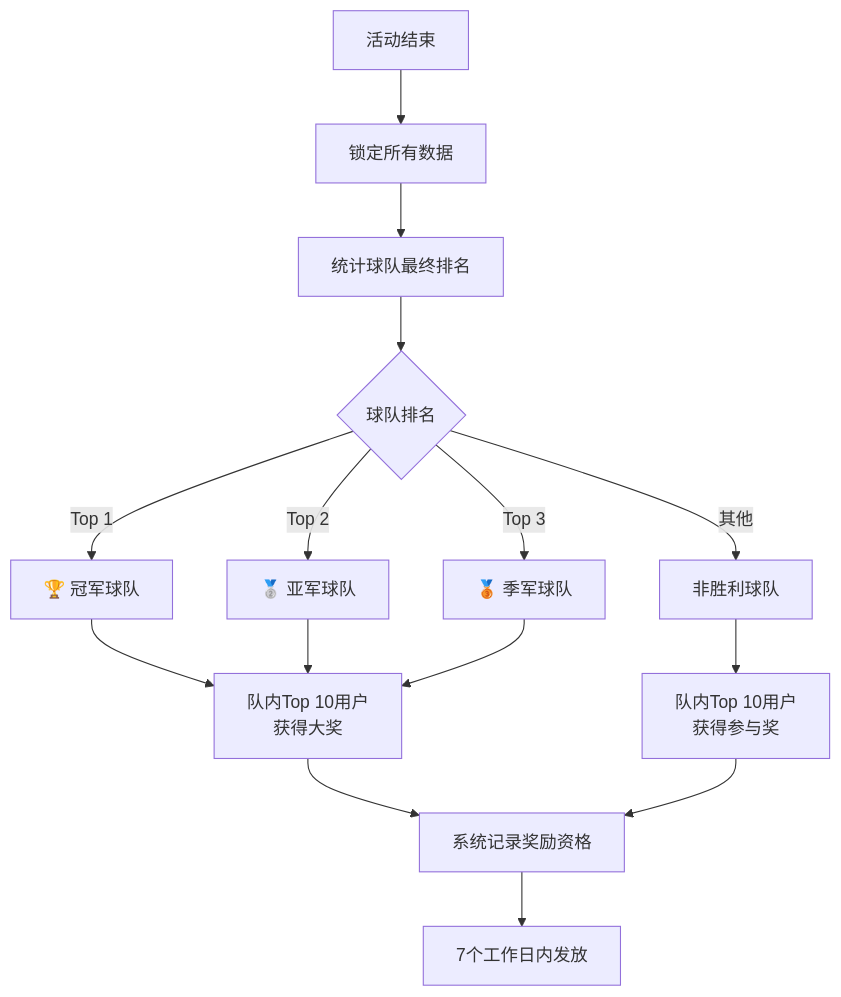
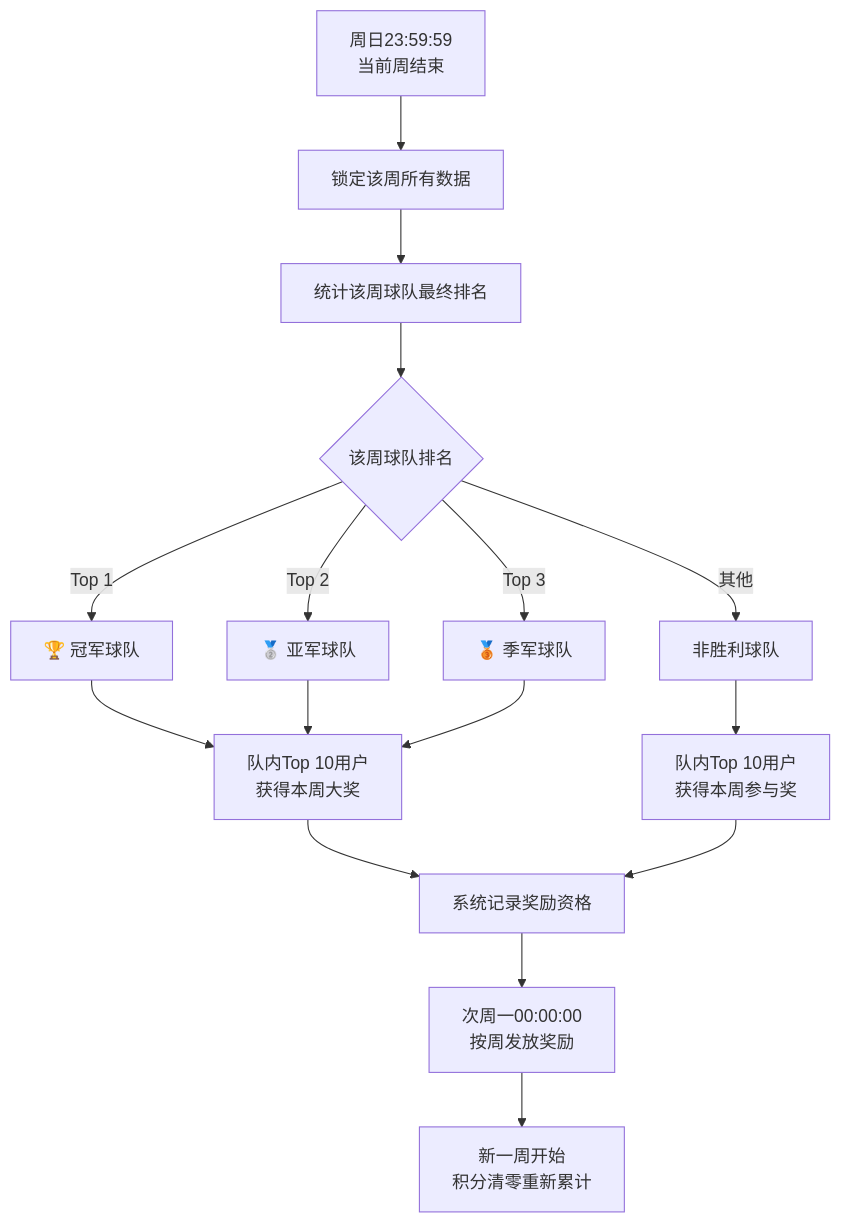
One commit to kocekid/2026-WorldCup-Activity-Requirements changed the third of 7 diagrams in 2026世界杯活动需求文档.md. Above: the diagram before and after it, drawn with Mermaid. The commit also changed other lines of this file, not shown here.

````diff
--- a/2026世界杯活动需求文档.md
+++ b/2026世界杯活动需求文档.md
@@ -114,21 +116,22 @@
 ```mermaid
 flowchart TD
-    A[活动结束] --> B[锁定所有数据]
-    B --> C[统计球队最终排名]
+    A[周日23:59:59<br>当前周结束] --> B[锁定该周所有数据]
+    B --> C[统计该周球队最终排名]
     
-    C --> D{球队排名}
+    C --> D{该周球队排名}
     D -->|Top 1| E[🏆 冠军球队]
     D -->|Top 2| F[🥈 亚军球队]
     D -->|Top 3| G[🥉 季军球队]
     D -->|其他| H[非胜利球队]
     
-    E --> I[队内Top 10用户<br/>获得大奖]
+    E --> I[队内Top 10用户<br/>获得本周大奖]
     F --> I
     G --> I
     
-    H --> J[队内Top 10用户<br/>获得参与奖]
+    H --> J[队内Top 10用户<br/>获得本周参与奖]
     
     I --> K[系统记录奖励资格]
     J --> K
-    K --> L[7个工作日内发放]
+    K --> L[次周一00:00:00<br>按周发放奖励]
+    L --> M[新一周开始<br>积分清零重新累计]
 ```
````
